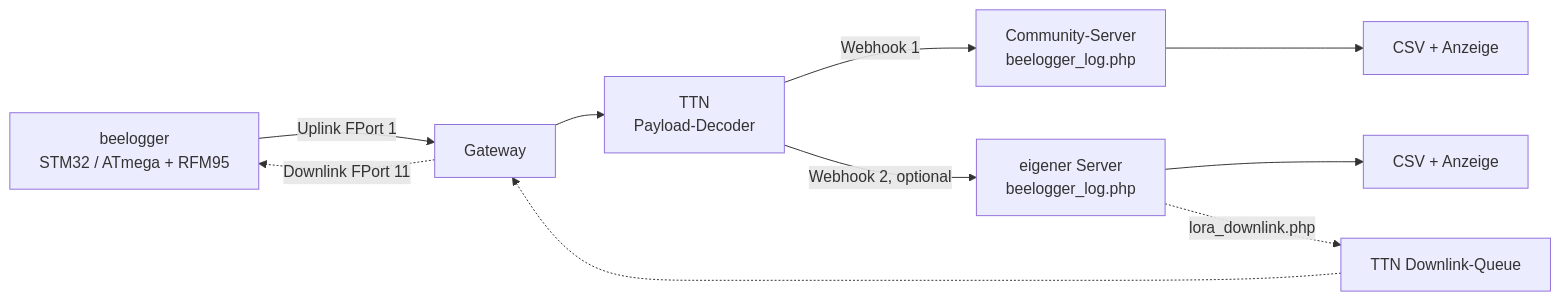
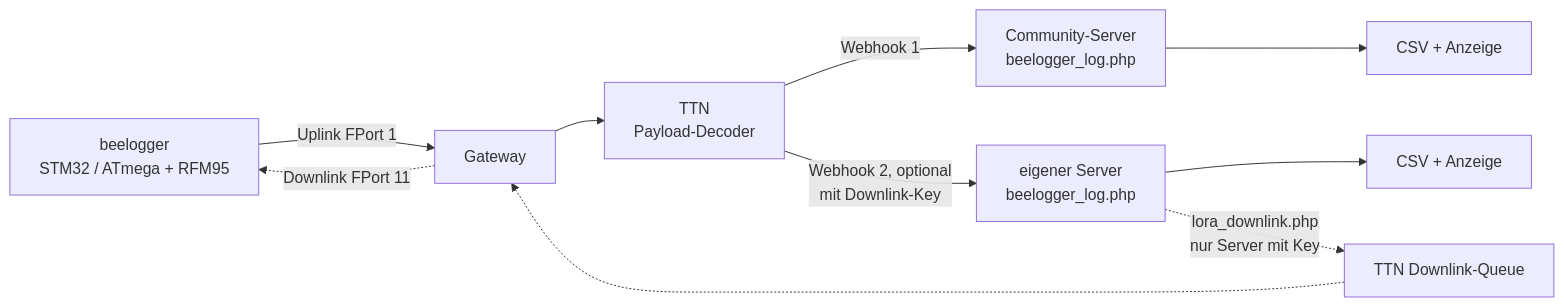
Before and after one commit to desiue/beelogger-stm32: the first of 3 diagrams in docs/architektur.md, drawn with Mermaid. The commit also changed other lines of this file and 2 other files, not shown here.

Commit message:
Doku: mehrere Webhooks – Downlink-Key nur in einem, dieser Server bestimmt Intervall/Uhr
Beleg: server/lora_downlink.php Z. 75-78 (ohne X-Downlink-Replace/-Apikey kein Senden).
Diagramm architektur.md ergänzt (Webhook 2 mit Key, Rückweg nur Server mit Key).

````diff
--- a/docs/architektur.md
+++ b/docs/architektur.md
@@ -18,12 +18,12 @@
 ```mermaid
 flowchart LR
   L[beelogger<br/>STM32 / ATmega + RFM95] -->|Uplink FPort 1| G[Gateway]
   G --> T[TTN<br/>Payload-Decoder]
   T -->|Webhook 1| C[Community-Server<br/>beelogger_log.php]
-  T -->|Webhook 2, optional| E[eigener Server<br/>beelogger_log.php]
+  T -->|"Webhook 2, optional<br/>mit Downlink-Key"| E[eigener Server<br/>beelogger_log.php]
   C --> CA[CSV + Anzeige]
   E --> EA[CSV + Anzeige]
-  E -.->|lora_downlink.php| Q[TTN Downlink-Queue]
+  E -.->|"lora_downlink.php<br/>nur Server mit Key"| Q[TTN Downlink-Queue]
   Q -.-> G
   G -.->|Downlink FPort 11| L
 ```
````
